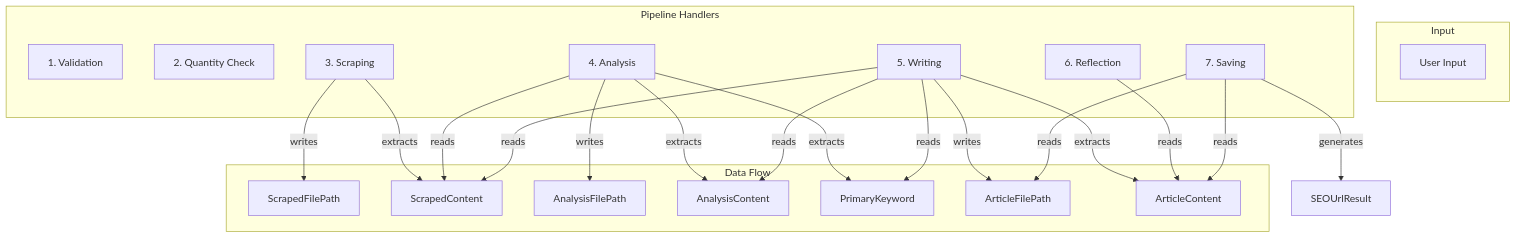
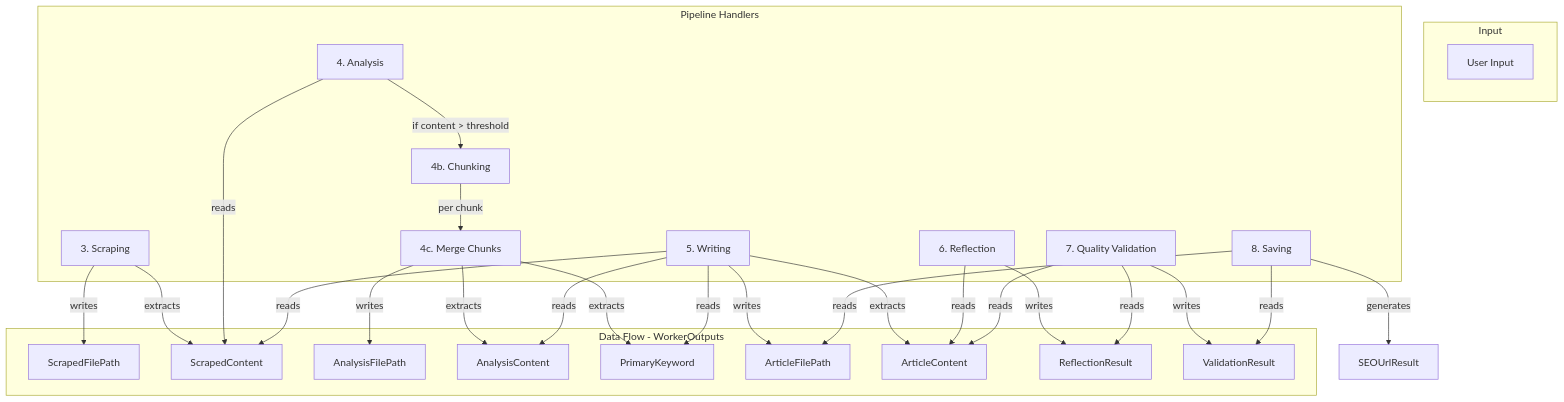
One commit to hoangnc/VNMLAgentFramework changed the third of 11 diagrams in SEO_Architecture_Design_VN.md. Above: the diagram before and after it, drawn with Mermaid. The commit also changed other lines of this file, not shown here.

````diff
--- a/SEO_Architecture_Design_VN.md
+++ b/SEO_Architecture_Design_VN.md
@@ -122,42 +142,51 @@
 ```mermaid
 flowchart TD
     subgraph Input["Input"]
         URL[User Input]
     end
 
     subgraph Handlers["Pipeline Handlers"]
-        H1[1. Validation]
-        H2[2. Quantity Check]
         H3[3. Scraping]
         H4[4. Analysis]
+        H4C[4b. Chunking]
+        H4M[4c. Merge Chunks]
         H5[5. Writing]
         H6[6. Reflection]
-        H7[7. Saving]
+        H7[7. Quality Validation]
+        H8[8. Saving]
     end
 
-    subgraph Data["Data Flow"]
+    subgraph Data["Data Flow - WorkerOutputs"]
         D1[ScrapedFilePath]
         D2[ScrapedContent]
         D3[AnalysisFilePath]
         D4[AnalysisContent]
         D5[PrimaryKeyword]
         D6[ArticleFilePath]
         D7[ArticleContent]
+        D8[ReflectionResult]
+        D9[ValidationResult]
     end
 
     H3 -->|writes| D1
     H3 -->|extracts| D2
     H4 -->|reads| D2
-    H4 -->|writes| D3
-    H4 -->|extracts| D4
-    H4 -->|extracts| D5
+    H4 -->|if content > threshold| H4C
+    H4C -->|per chunk| H4M
+    H4M -->|writes| D3
+    H4M -->|extracts| D4
+    H4M -->|extracts| D5
     H5 -->|reads| D2
     H5 -->|reads| D4
     H5 -->|reads| D5
     H5 -->|writes| D6
     H5 -->|extracts| D7
     H6 -->|reads| D7
-    H7 -->|reads| D6
+    H6 -->|writes| D8
     H7 -->|reads| D7
-    H7 -->|generates| Final[SEOUrlResult]
+    H7 -->|reads| D8
+    H7 -->|writes| D9
+    H8 -->|reads| D6
+    H8 -->|reads| D9
+    H8 -->|generates| Final[SEOUrlResult]
 ```
````
